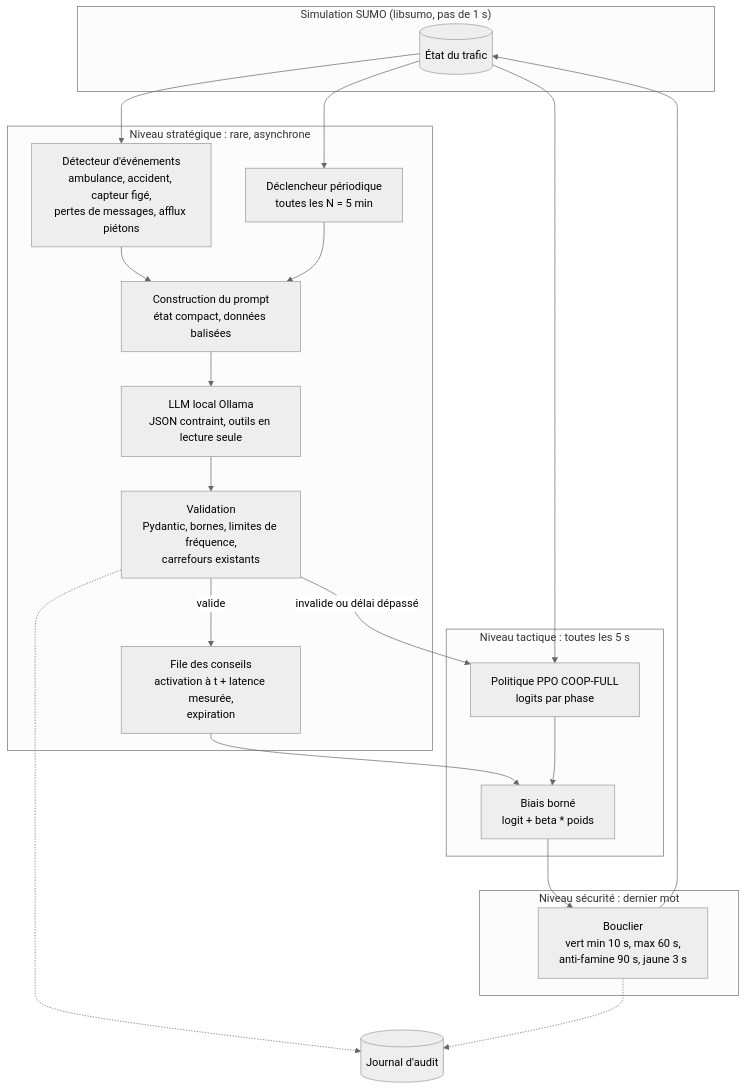
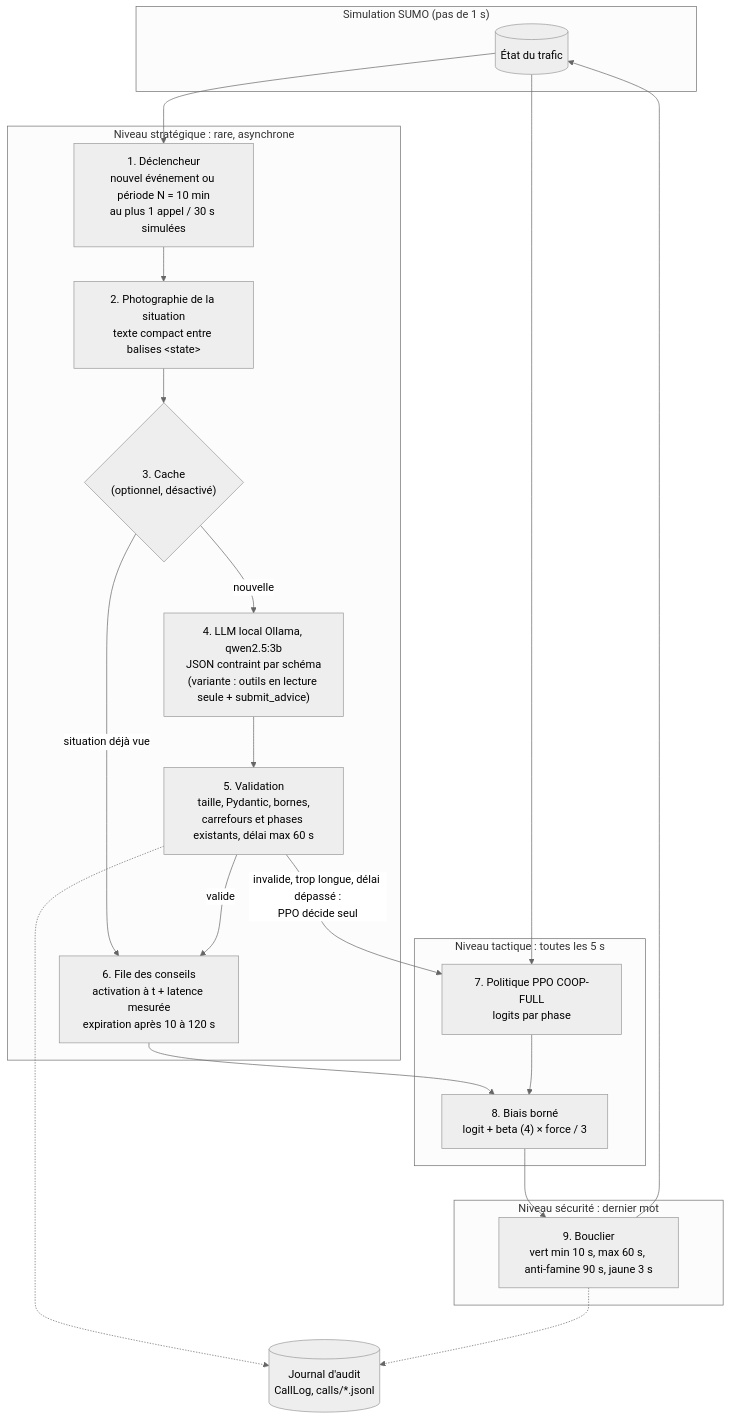
Before and after one commit to Esprit-School-of-Engineering-5DS8/intelligent-marl-traffic: the diagram in docs/LLM_DESIGN.md, drawn with Mermaid (neutral theme). The commit also changed other lines of this file, not shown here.

First line of the commit message:
docs(llm): orchestration flow step by step, with code references

````diff
--- a/docs/LLM_DESIGN.md
+++ b/docs/LLM_DESIGN.md
@@ -60,29 +61,30 @@
 ```mermaid
 flowchart TB
-  subgraph SUMO["Simulation SUMO (libsumo, pas de 1 s)"]
+  subgraph SUMO["Simulation SUMO (pas de 1 s)"]
     S[(État du trafic)]
   end
   subgraph STRAT["Niveau stratégique : rare, asynchrone"]
-    D[Détecteur d'événements<br/>ambulance, accident, capteur figé,<br/>pertes de messages, afflux piétons]
-    P[Déclencheur périodique<br/>toutes les N = 5 min]
-    B[Construction du prompt<br/>état compact, données balisées]
-    L[LLM local Ollama<br/>JSON contraint, outils en lecture seule]
-    V[Validation<br/>Pydantic, bornes, limites de fréquence,<br/>carrefours existants]
-    Q[File des conseils<br/>activation à t + latence mesurée,<br/>expiration]
+    D["1. Déclencheur<br/>nouvel événement ou période N = 10 min<br/>au plus 1 appel / 30 s simulées"]
+    O["2. Photographie de la situation<br/>texte compact entre balises &lt;state&gt;"]
+    C{"3. Cache<br/>(optionnel, désactivé)"}
+    L["4. LLM local Ollama, qwen2.5:3b<br/>JSON contraint par schéma<br/>(variante : outils en lecture seule + submit_advice)"]
+    V["5. Validation<br/>taille, Pydantic, bornes,<br/>carrefours et phases existants, délai max 60 s"]
+    Q["6. File des conseils<br/>activation à t + latence mesurée<br/>expiration après 10 à 120 s"]
   end
   subgraph TACT["Niveau tactique : toutes les 5 s"]
-    R[Politique PPO COOP-FULL<br/>logits par phase]
-    X[Biais borné<br/>logit + beta * poids]
+    R["7. Politique PPO COOP-FULL<br/>logits par phase"]
+    X["8. Biais borné<br/>logit + beta (4) × force / 3"]
   end
   subgraph SAFE["Niveau sécurité : dernier mot"]
-    SH[Bouclier<br/>vert min 10 s, max 60 s,<br/>anti-famine 90 s, jaune 3 s]
+    SH["9. Bouclier<br/>vert min 10 s, max 60 s, anti-famine 90 s, jaune 3 s"]
   end
-  S --> D & P
-  D & P --> B --> L --> V
-  V -- valide --> Q
-  V -- invalide ou délai dépassé --> R
+  S --> D --> O --> C
+  C -- "situation déjà vue" --> Q
+  C -- "nouvelle" --> L --> V
+  V -- "valide" --> Q
+  V -- "invalide, trop longue, délai dépassé :<br/>PPO décide seul" --> R
   Q --> X
   S --> R --> X --> SH --> S
-  V -.-> J[(Journal d'audit)]
+  V -.-> J[(Journal d'audit<br/>CallLog, calls/*.jsonl)]
   SH -.-> J
 ```
````
